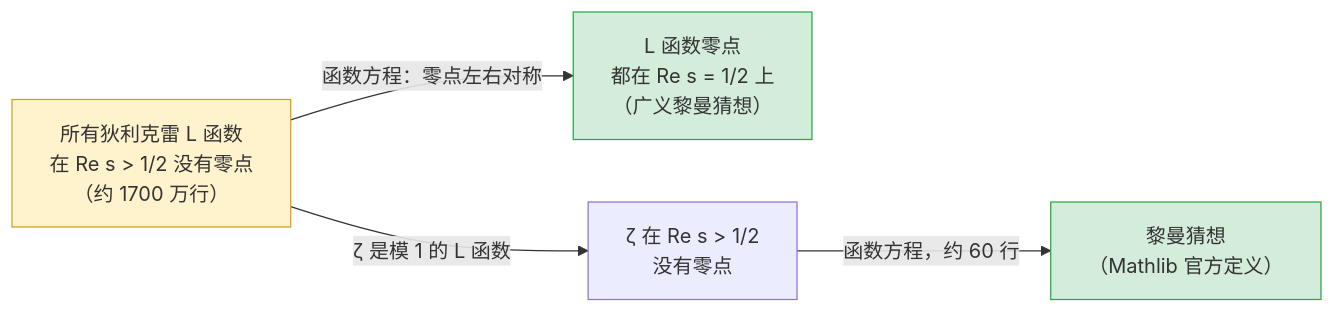
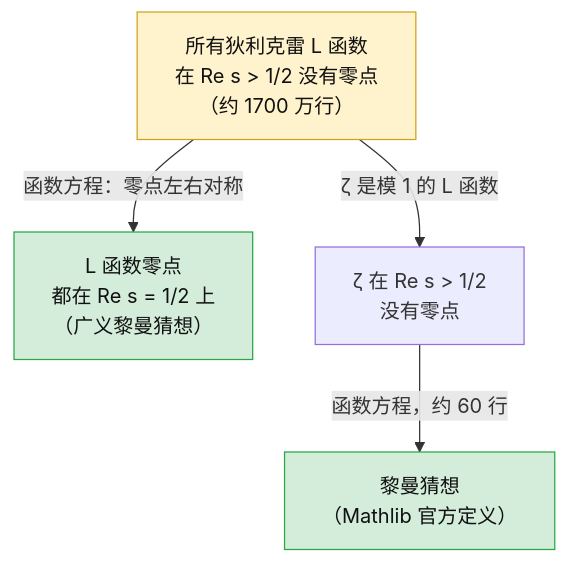
Before and after one commit to Reen-Ai-H/riemann-hypothesis-lean-zh: the diagram in README.md, drawn with Mermaid. The commit also changed 1 other file, not shown here.

Commit message:
文档：证明链条图改为纵向布局，深色模式下文字可读

````diff
--- a/README.md
+++ b/README.md
@@ -105,9 +105,9 @@
 ```mermaid
-flowchart LR
+flowchart TD
     A["所有狄利克雷 L 函数<br/>在 Re s > 1/2 没有零点<br/>（约 1700 万行）"] -->|"函数方程：零点左右对称"| B["L 函数零点<br/>都在 Re s = 1/2 上<br/>（广义黎曼猜想）"]
     A -->|"ζ 是模 1 的 L 函数"| C["ζ 在 Re s > 1/2<br/>没有零点"]
     C -->|"函数方程，约 60 行"| D["黎曼猜想<br/>（Mathlib 官方定义）"]
-    style A fill:#fff3cd,stroke:#d4a017
-    style D fill:#d4edda,stroke:#28a745
-    style B fill:#d4edda,stroke:#28a745
+    style A fill:#fff3cd,stroke:#d4a017,color:#111
+    style D fill:#d4edda,stroke:#28a745,color:#111
+    style B fill:#d4edda,stroke:#28a745,color:#111
 ```
````
